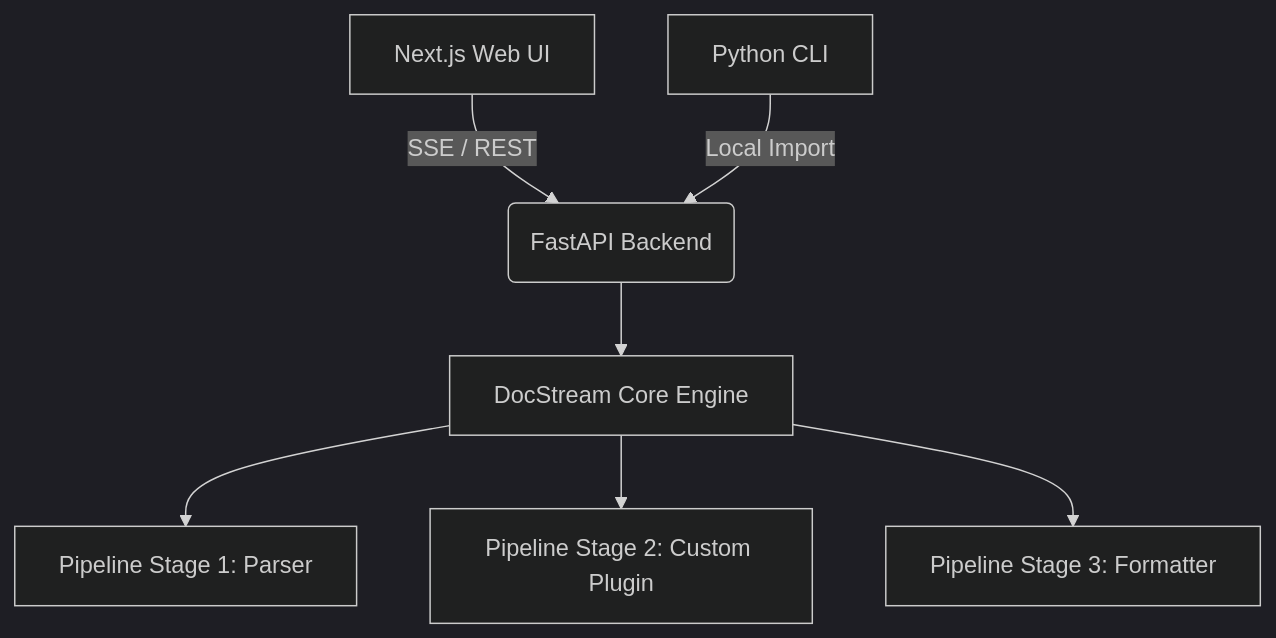
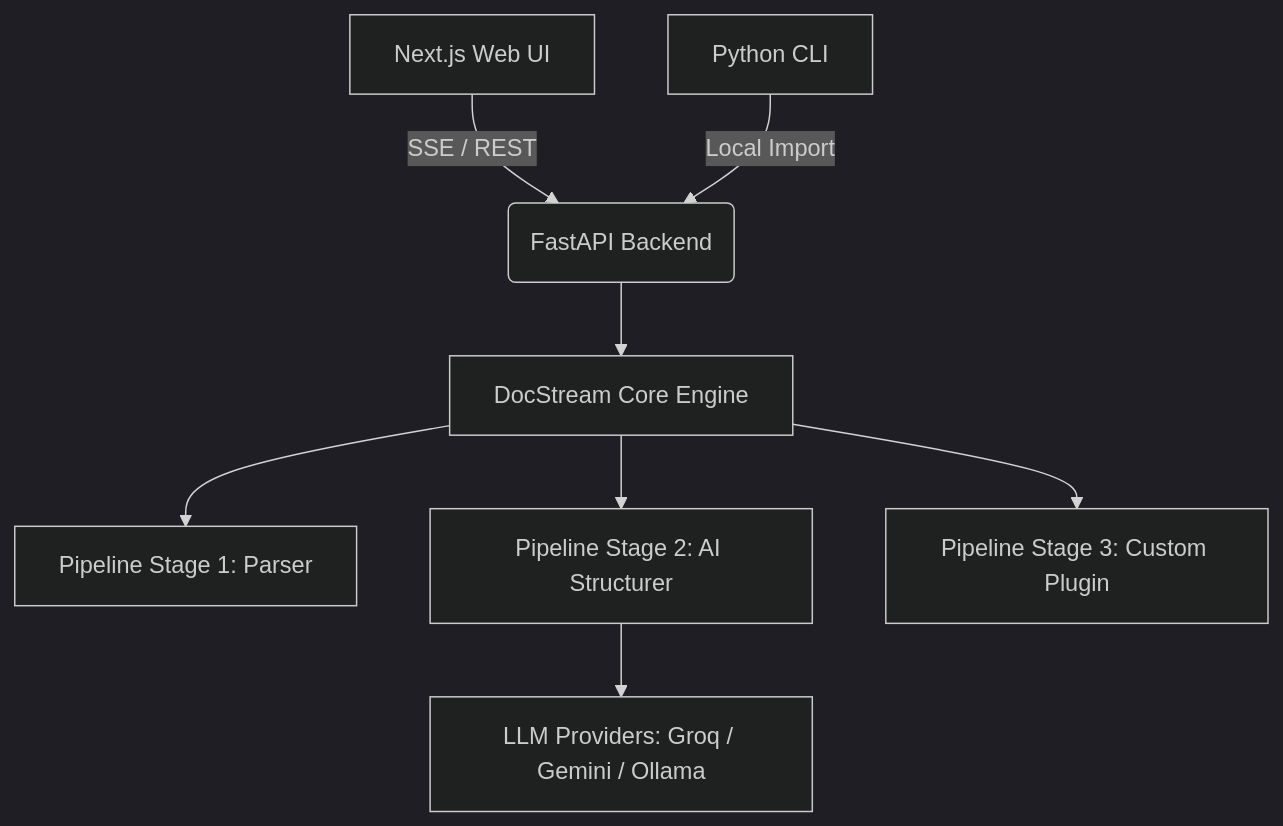
The diagram in README.md (YashKasare21/docstream-new), drawn with Mermaid (dark theme) before and after one commit. The commit also changed other lines of this file and 5 other files, not shown here.

````diff
--- a/README.md
+++ b/README.md
@@ -30,9 +44,10 @@
 ```mermaid
 graph TD
     A[Next.js Web UI] -->|SSE / REST| B(FastAPI Backend)
     C[Python CLI] -->|Local Import| B
     B --> D[DocStream Core Engine]
     D --> E[Pipeline Stage 1: Parser]
-    D --> F[Pipeline Stage 2: Custom Plugin]
-    D --> G[Pipeline Stage 3: Formatter]
+    D --> F[Pipeline Stage 2: AI Structurer]
+    D --> G[Pipeline Stage 3: Custom Plugin]
+    F --> H[LLM Providers: Groq / Gemini / Ollama]
 ```
````
